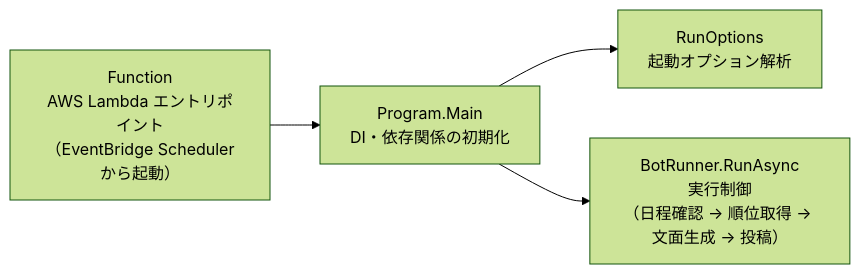
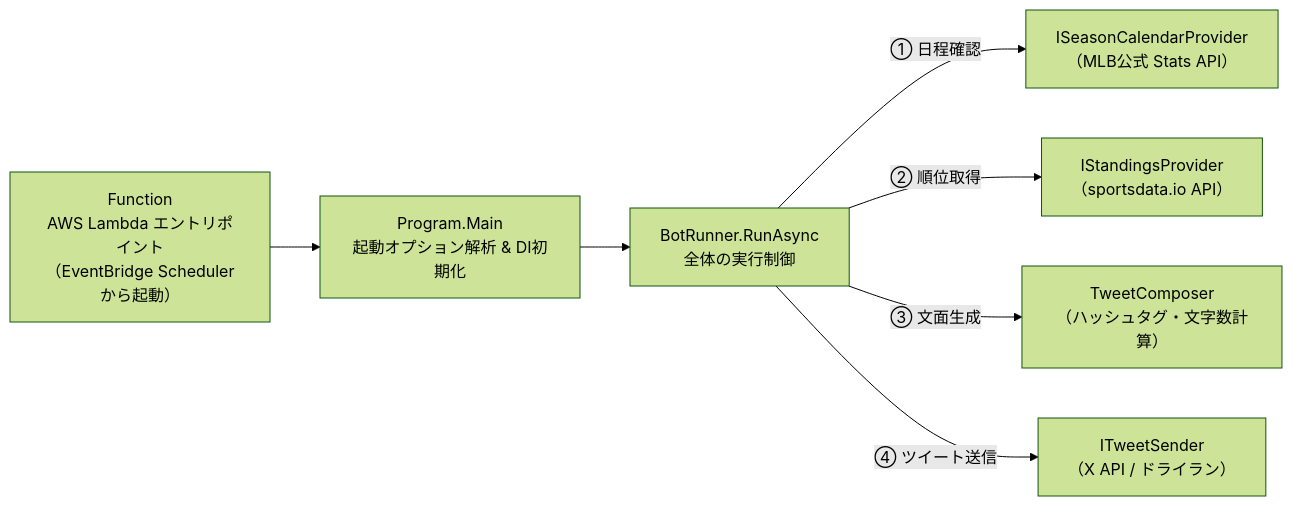
The second of 5 diagrams in docs/development.md (shin4488/MlbBot), drawn with Mermaid (forest theme) before and after one commit. The commit also changed other lines of this file, not shown here.

Commit message:
docs: BotRunnerからの呼び出し関係を明示しクラス間のつながりを明確化

````diff
--- a/docs/development.md
+++ b/docs/development.md
@@ -90,10 +90,13 @@
 ```mermaid
 flowchart LR
-    F["Function<br>AWS Lambda エントリポイント<br>（EventBridge Schedulerから起動）"] --> P["Program.Main<br>DI・依存関係の初期化"]
-    P --> O["RunOptions<br>起動オプション解析"]
-    P --> R["BotRunner.RunAsync<br>実行制御<br>（日程確認 → 順位取得 → 文面生成 → 投稿）"]
+    F["Function<br>AWS Lambda エントリポイント<br>（EventBridge Schedulerから起動）"] --> P["Program.Main<br>起動オプション解析 & DI初期化"]
+    P --> R["BotRunner.RunAsync<br>全体の実行制御"]
+    R -->|① 日程確認| Cal["ISeasonCalendarProvider<br>（MLB公式 Stats API）"]
+    R -->|② 順位取得| Std["IStandingsProvider<br>（sportsdata.io API）"]
+    R -->|③ 文面生成| Comp["TweetComposer<br>（ハッシュタグ・文字数計算）"]
+    R -->|④ ツイート送信| Send["ITweetSender<br>（X API / ドライラン）"]
+
     click F "../TwitterMlbBotExecution/src/TwitterMlbBotExecution/Function.cs"
     click P "../TwitterMlbBot/Program.cs"
-    click O "../TwitterMlbBot/RunOptions.cs"
     click R "../TwitterMlbBot/BotRunner.cs"
 ```
````
